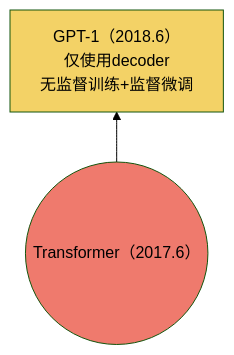
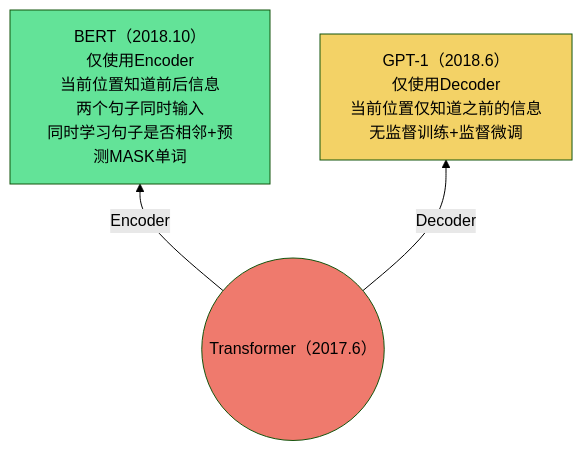
Before and after one commit to Elephant-King9/Paper: the third of 4 diagrams in Base_Model/LLM/analyse.md, drawn with Mermaid (forest theme). The commit also changed other lines of this file and 4 other files, not shown here.

````diff
--- a/Base_Model/LLM/analyse.md
+++ b/Base_Model/LLM/analyse.md
@@ -41,13 +41,16 @@
 ```mermaid
 flowchart BT
-Transformer-->GPT-1
+Transformer-->|Encoder|BERT
+Transformer-->|Decoder|GPT-1
 
 
 
 
 
 Transformer@{ shape: circle, label: "Transformer（2017.6）" }
 				style Transformer fill:#EF7A6D
-GPT-1[GPT-1（2018.6）<br>仅使用decoder<br>无监督训练+监督微调]
+GPT-1[GPT-1（2018.6）<br>仅使用Decoder<br>当前位置仅知道之前的信息<br>无监督训练+监督微调]
 	style GPT-1 fill:#F3D266
+BERT[BERT（2018.10）<br>仅使用Encoder<br>当前位置知道前后信息<br>两个句子同时输入<br>同时学习句子是否相邻+预测MASK单词]
+	style BERT fill:#63E398
 ```
````
